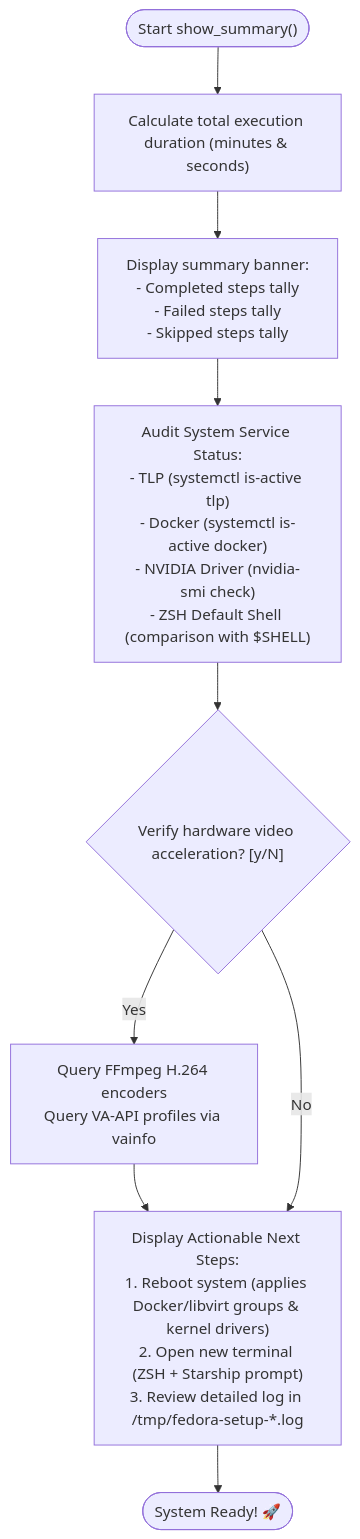
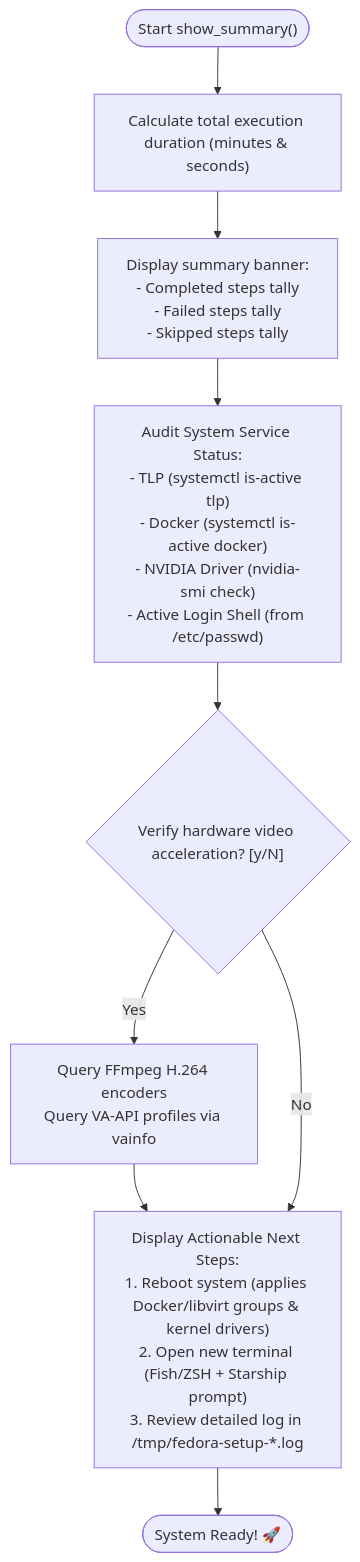
Diagram 20 of 21 in PSEUDOCODE.md (kk376/fedora-post-install), drawn with Mermaid before and after one commit. The commit also changed other lines of this file and 3 other files, not shown here.

Commit message:
docs: synchronize HOW_IT_WORKS and PSEUDOCODE with v8.0.0 architecture

````diff
--- a/PSEUDOCODE.md
+++ b/PSEUDOCODE.md
@@ -522,13 +521,13 @@
 ```mermaid
 flowchart TD
     StartSummary(["Start show_summary()"]) --> CalcTime["Calculate total execution duration (minutes & seconds)"]
     CalcTime --> PrintTallies["Display summary banner:<br/>- Completed steps tally<br/>- Failed steps tally<br/>- Skipped steps tally"]
-    PrintTallies --> CheckServices["Audit System Service Status:<br/>- TLP (systemctl is-active tlp)<br/>- Docker (systemctl is-active docker)<br/>- NVIDIA Driver (nvidia-smi check)<br/>- ZSH Default Shell (comparison with $SHELL)"]
+    PrintTallies --> CheckServices["Audit System Service Status:<br/>- TLP (systemctl is-active tlp)<br/>- Docker (systemctl is-active docker)<br/>- NVIDIA Driver (nvidia-smi check)<br/>- Active Login Shell (from /etc/passwd)"]
     CheckServices --> VideoTestPrompt{"Verify hardware video acceleration? [y/N]"}
     
     VideoTestPrompt -- Yes --> RunVideoTests["Query FFmpeg H.264 encoders<br/>Query VA-API profiles via vainfo"] --> PrintNextSteps
     VideoTestPrompt -- No --> PrintNextSteps
     
-    PrintNextSteps["Display Actionable Next Steps:<br/>1. Reboot system (applies Docker/libvirt groups & kernel drivers)<br/>2. Open new terminal (ZSH + Starship prompt)<br/>3. Review detailed log in /tmp/fedora-setup-*.log"]
+    PrintNextSteps["Display Actionable Next Steps:<br/>1. Reboot system (applies Docker/libvirt groups & kernel drivers)<br/>2. Open new terminal (Fish/ZSH + Starship prompt)<br/>3. Review detailed log in /tmp/fedora-setup-*.log"]
     PrintNextSteps --> EndSummary(["System Ready! 🚀"])
 ```
````
